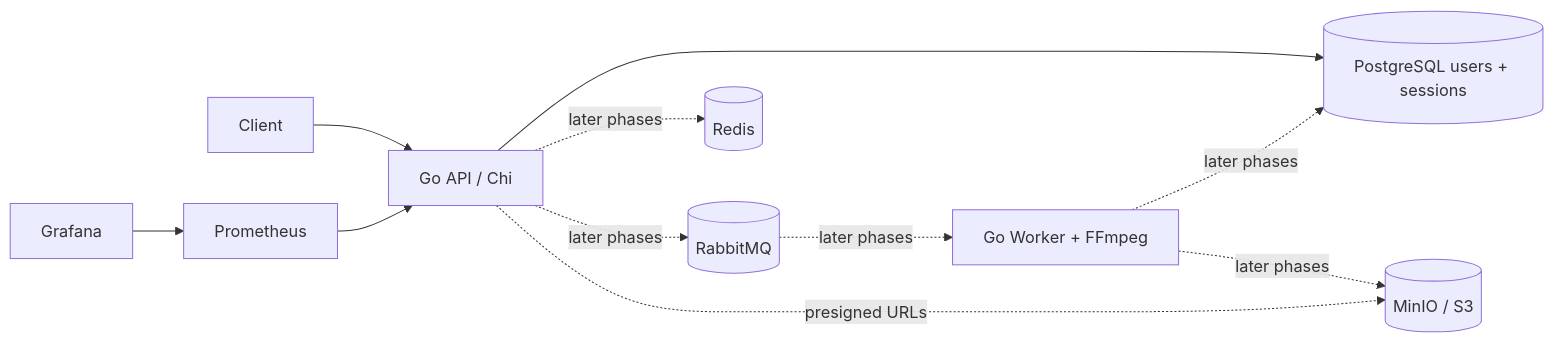
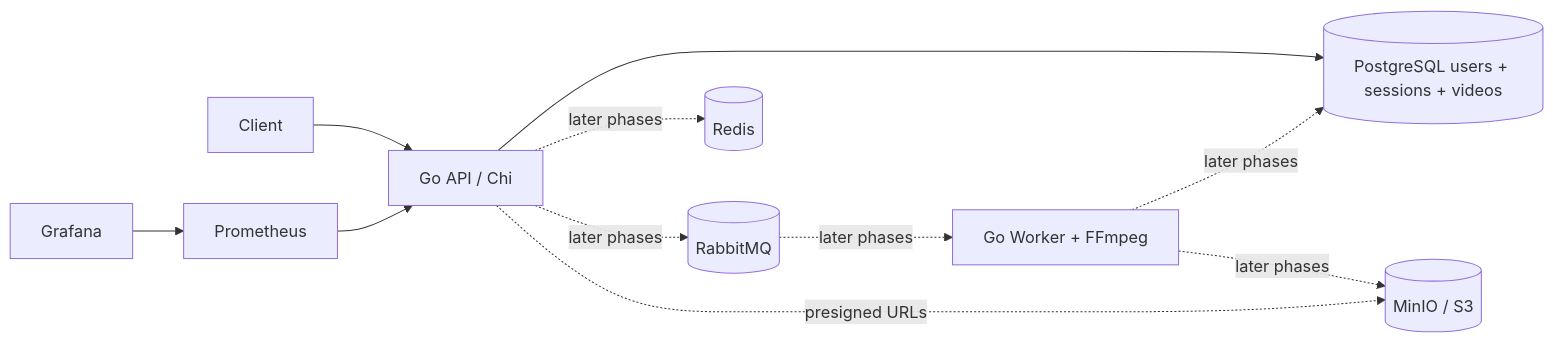
One commit to Singatha/stream-forge changed the first of 2 diagrams in README.md. Above: the diagram before and after it, drawn with Mermaid. The commit also changed other lines of this file and 15 other files, not shown here.

````diff
--- a/README.md
+++ b/README.md
@@ -34,13 +39,13 @@
 ```mermaid
 flowchart LR
     Client --> API[Go API / Chi]
-    API --> PG[(PostgreSQL users + sessions)]
+    API --> PG[(PostgreSQL users + sessions + videos)]
     API -. later phases .-> Redis[(Redis)]
     API -. later phases .-> MQ[(RabbitMQ)]
     API -. presigned URLs .-> Object[(MinIO / S3)]
     MQ -. later phases .-> Worker[Go Worker + FFmpeg]
     Worker -. later phases .-> PG
     Worker -. later phases .-> Object
     Prometheus --> API
     Grafana --> Prometheus
 ```
````
